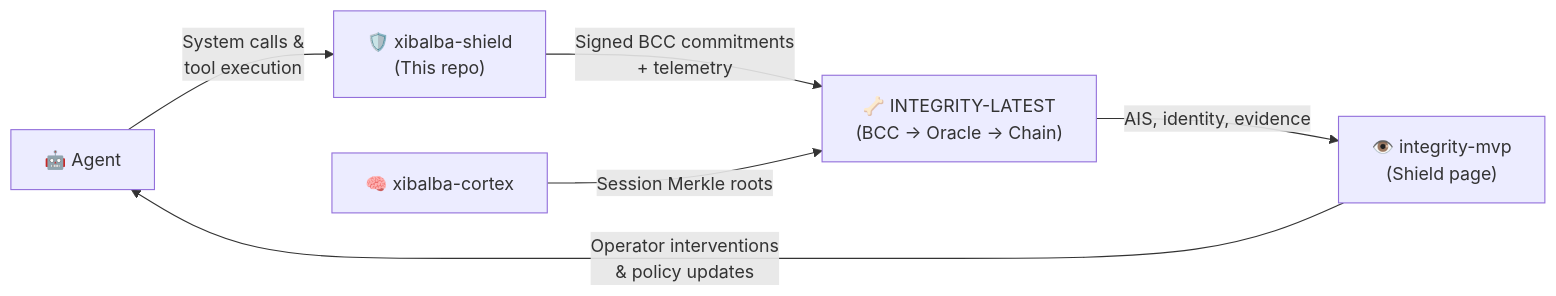
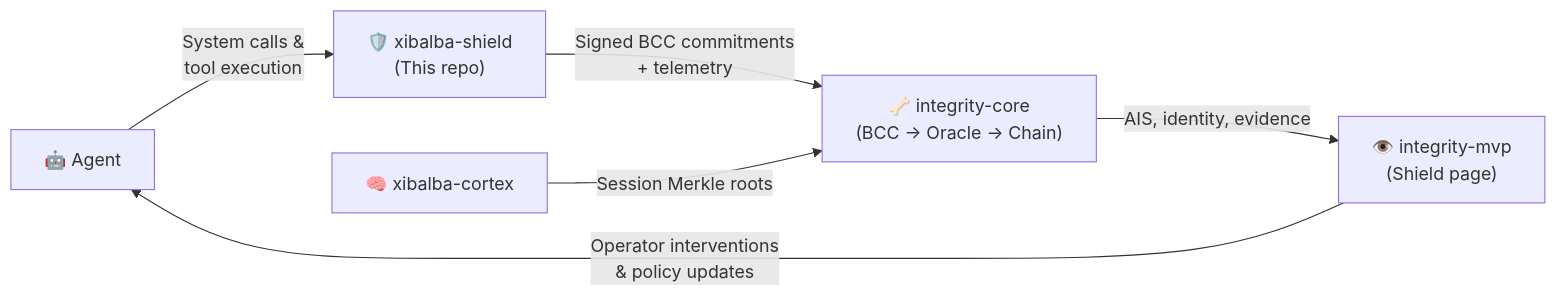
One commit to XibalbaTechSol/xibalba-shield changed the diagram in README.md. Above: the diagram before and after it, drawn with Mermaid. The commit also changed other lines of this file and 31 other files, not shown here.

Commit message:
Add and document brand assets (logos, banners, favicons, open graph)

````diff
--- a/README.md
+++ b/README.md
@@ -25,8 +25,8 @@
 ```mermaid
 flowchart LR
     Agent["🤖 Agent"] -->|"System calls &<br/>tool execution"| Immune["🛡️ xibalba-shield<br/>(This repo)"]
-    Immune -->|"Signed BCC commitments<br/>+ telemetry"| Backbone["🦴 INTEGRITY-LATEST<br/>(BCC → Oracle → Chain)"]
+    Immune -->|"Signed BCC commitments<br/>+ telemetry"| Backbone["🦴 integrity-core<br/>(BCC → Oracle → Chain)"]
     Brain["🧠 xibalba-cortex"] -->|"Session Merkle roots"| Backbone
     Backbone -->|"AIS, identity, evidence"| Eyes["👁️ integrity-mvp<br/>(Shield page)"]
     Eyes -->|"Operator interventions<br/>& policy updates"| Agent
 ```
````
